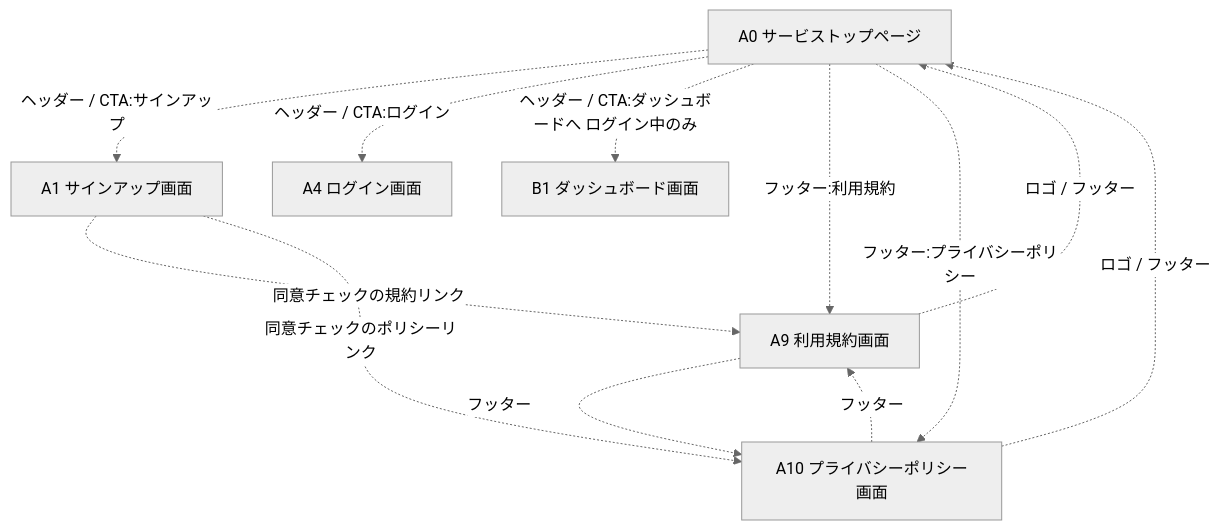
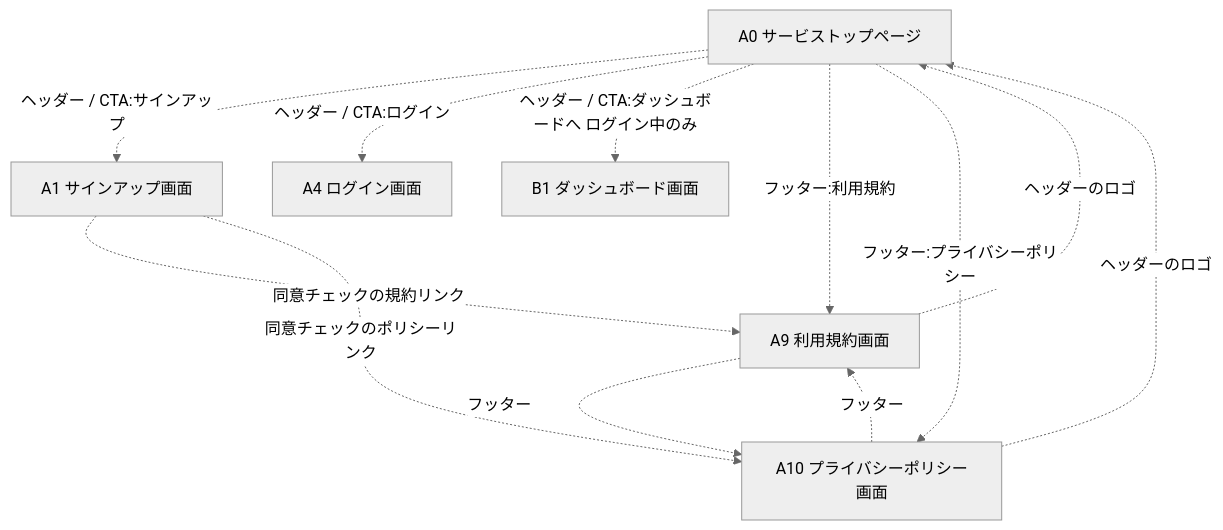
Before and after one commit to KunitoObara/FIRE_FIRE: the fourth of 4 diagrams in docs/screen-list-and-transitions.md, drawn with Mermaid (neutral theme). The commit also changed other lines of this file and 2 other files, not shown here.

Commit message:
レビュー指摘に対応してゲージの対象分類と遷移図のラベルを直す
claude-review の2件。どちらも要件文書とモックの記述。

ゲージの現在資産額に対象分類名を併記していなかった。screen-requirements-dashboard.md
「FIRE達成度の現在資産額(対象分類)」が明示的に求めている項目で、単純な落とし。
併記が無いために、同じプレビュー内の「差引後 30,000,000円」と「現在資産額
50,000,000円」が同じ軸の矛盾した数字に見える状態になっていた。レビューもそう読んでいる。

対象分類を分類軸セレクタと同じ純金融資産に揃え、現在資産額を差引後と同じ
30,000,000円、達成率を 30,000,000 / 80,000,000 = 37.5% → 38% にした。

本物のB1モックは、セレクタ(純金融資産)とゲージの対象分類(投資性資産)が違う状態を
あえて示している。LPでそれを再現しなかったのは、訪問者に「2つの軸は別の設定」と
いう区別を読ませる前提を置けないためである。区別が伝わらなければ、単に数字が
食い違って見えるだけになる。要件側にもこの判断と、併記だけは落とさないことを書いた。

遷移図3.4のラベル「ロゴ / フッター」は、モックの実態と食い違っていた。A9・A10の
フッターに並ぶのは利用規約とプライバシーポリシーの2本で、A0へ戻れるのはヘッダーの
ロゴだけである。図の直後の説明文も「ヘッダーのロゴで戻る導線で足りる」としており、
ラベルだけが取り残されていた。

ラベルを「ヘッダーのロゴ」に直し、フッターにA0への導線を置かない理由も注記に足した。
規約を読んでいる人がフッターまで到達したときに欲しいのは、もう一方の規約であって
トップページではない。図をモックに合わせる側で揃えたのはこの理由による。

````diff
--- a/docs/screen-list-and-transitions.md
+++ b/docs/screen-list-and-transitions.md
@@ -268,17 +268,17 @@
 ```mermaid
 flowchart TD
     Top[A0 サービストップページ]
     Top -.->|ヘッダー / CTA:サインアップ| Signup[A1 サインアップ画面]
     Top -.->|ヘッダー / CTA:ログイン| Login[A4 ログイン画面]
     Top -.->|ヘッダー / CTA:ダッシュボードへ ログイン中のみ| Dashboard[B1 ダッシュボード画面]
     Top -.->|フッター:利用規約| Terms[A9 利用規約画面]
     Top -.->|フッター:プライバシーポリシー| Privacy[A10 プライバシーポリシー画面]
 
-    Terms -.->|ロゴ / フッター| Top
-    Privacy -.->|ロゴ / フッター| Top
+    Terms -.->|ヘッダーのロゴ| Top
+    Privacy -.->|ヘッダーのロゴ| Top
     Terms -.->|フッター| Privacy
     Privacy -.->|フッター| Terms
 
     Signup -.->|同意チェックの規約リンク| Terms
     Signup -.->|同意チェックのポリシーリンク| Privacy
 ```
````
